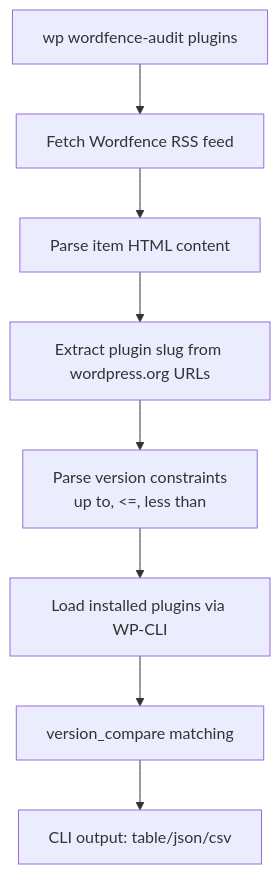
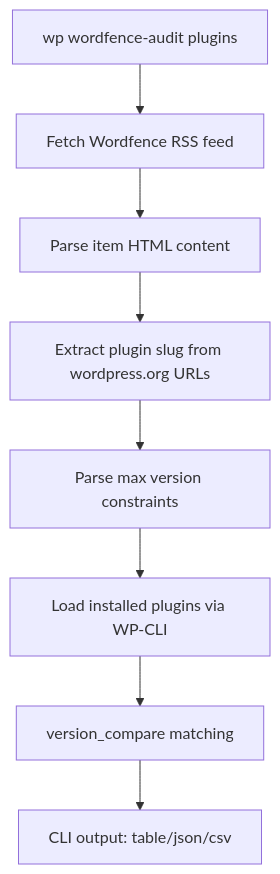
The diagram in blog/2026-02-18-wordfence-rss-wp-cli-auditor.md (victorstack-ai/agent-blog), drawn with Mermaid before and after one commit. The commit also changed other lines of this file and 30 other files, not shown here.

````diff
--- a/blog/2026-02-18-wordfence-rss-wp-cli-auditor.md
+++ b/blog/2026-02-18-wordfence-rss-wp-cli-auditor.md
@@ -38,10 +40,10 @@
 ```mermaid
 flowchart TD
     A[wp wordfence-audit plugins] --> B[Fetch Wordfence RSS feed]
     B --> C[Parse item HTML content]
     C --> D[Extract plugin slug from wordpress.org URLs]
-    D --> E[Parse version constraints\nup to, <=, less than]
+    D --> E[Parse max version constraints]
     E --> F[Load installed plugins via WP-CLI]
     F --> G[version_compare matching]
     G --> H[CLI output: table/json/csv]
 ```
````
